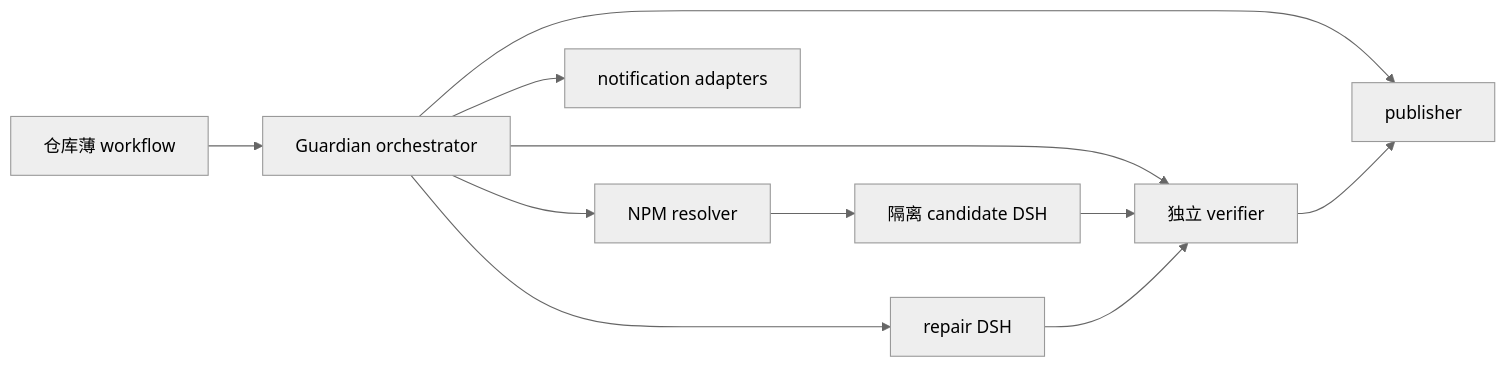
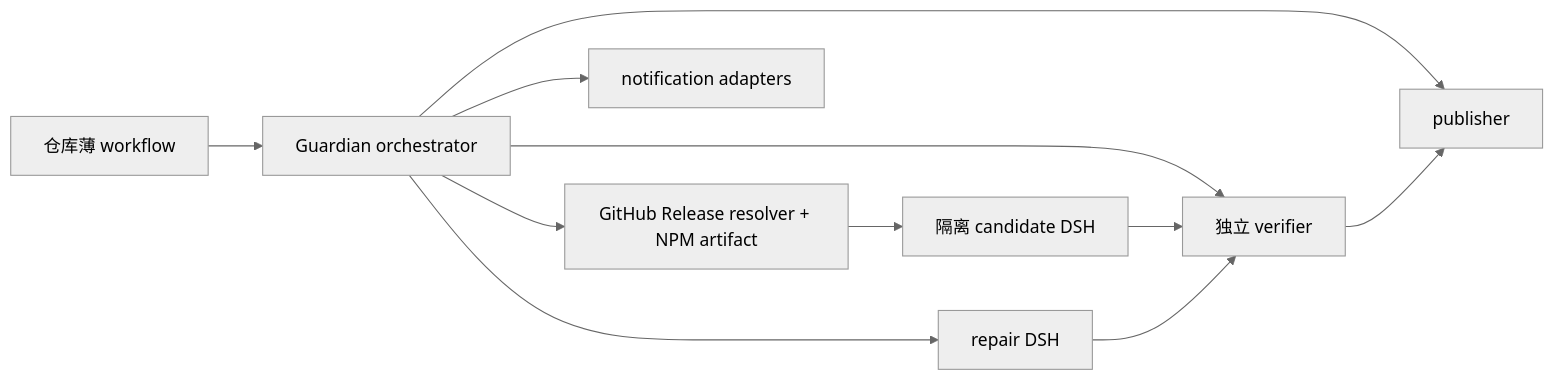
Before and after one commit to LCYLYM/dsh-plugin-compat-guardian: the first of 2 diagrams in docs/DESIGN.md, drawn with Mermaid (neutral theme). The commit also changed other lines of this file and 23 other files, not shown here.

First line of the commit message:
feat(watch): track official DSH GitHub releases

````diff
--- a/docs/DESIGN.md
+++ b/docs/DESIGN.md
@@ -99,13 +99,13 @@
 ```mermaid
 flowchart LR
     W[仓库薄 workflow] --> O[Guardian orchestrator]
-    O --> R[NPM resolver]
+    O --> R[GitHub Release resolver + NPM artifact]
     O --> V[独立 verifier]
     O --> A[repair DSH]
     O --> P[publisher]
     O --> N[notification adapters]
     R --> C[隔离 candidate DSH]
     C --> V
     A --> V
     V --> P
 ```
````
